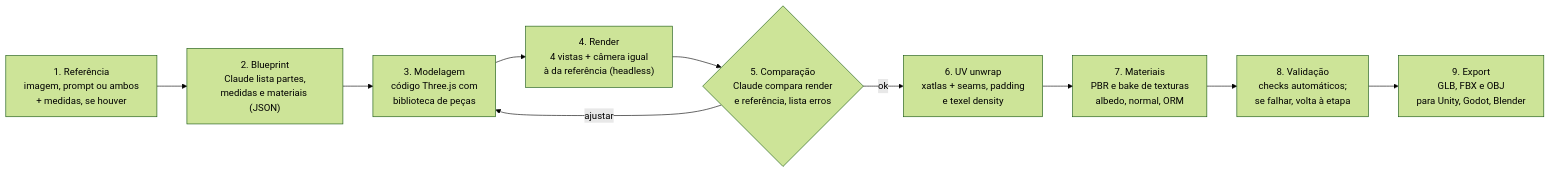
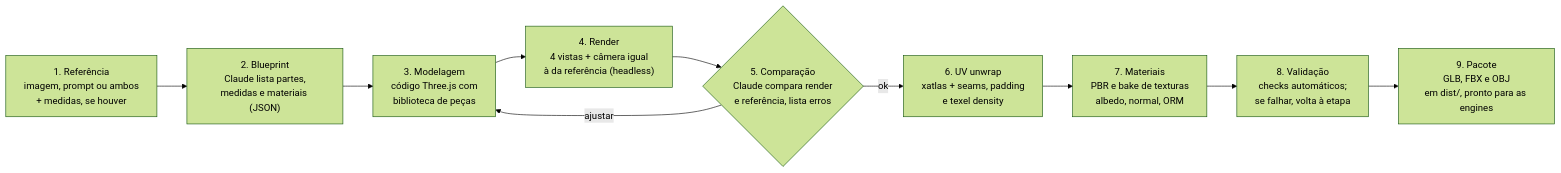
The diagram in 3D Studio - Spec & Roadmap.md (tiago-xavier-braga/Meshsmith), drawn with Mermaid (forest theme) before and after one commit. The commit also changed other lines of this file and 7 other files, not shown here.

````diff
--- a/3D Studio - Spec & Roadmap.md
+++ b/3D Studio - Spec & Roadmap.md
@@ -40,12 +54,12 @@
 ```mermaid
 flowchart LR
     A["1. Referência<br/>imagem, prompt ou ambos<br/>+ medidas, se houver"] --> B["2. Blueprint<br/>Claude lista partes,<br/>medidas e materiais (JSON)"]
     B --> C["3. Modelagem<br/>código Three.js com<br/>biblioteca de peças"]
     C --> D["4. Render<br/>4 vistas + câmera igual<br/>à da referência (headless)"]
     D --> E{"5. Comparação<br/>Claude compara render<br/>e referência, lista erros"}
     E -- ajustar --> C
     E -- ok --> F["6. UV unwrap<br/>xatlas + seams, padding<br/>e texel density"]
     F --> G["7. Materiais<br/>PBR e bake de texturas<br/>albedo, normal, ORM"]
     G --> H["8. Validação<br/>checks automáticos;<br/>se falhar, volta à etapa"]
-    H --> I["9. Export<br/>GLB, FBX e OBJ<br/>para Unity, Godot, Blender"]
+    H --> I["9. Pacote<br/>GLB, FBX e OBJ<br/>em dist/, pronto para as engines"]
 ```
````
